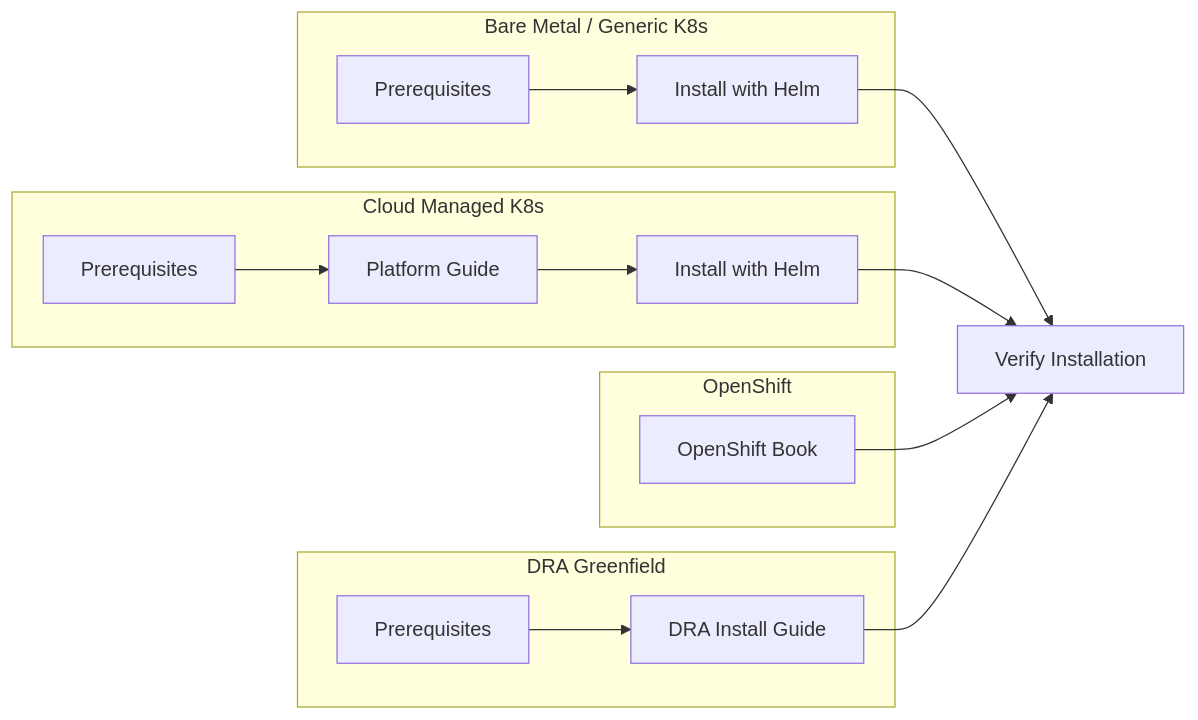
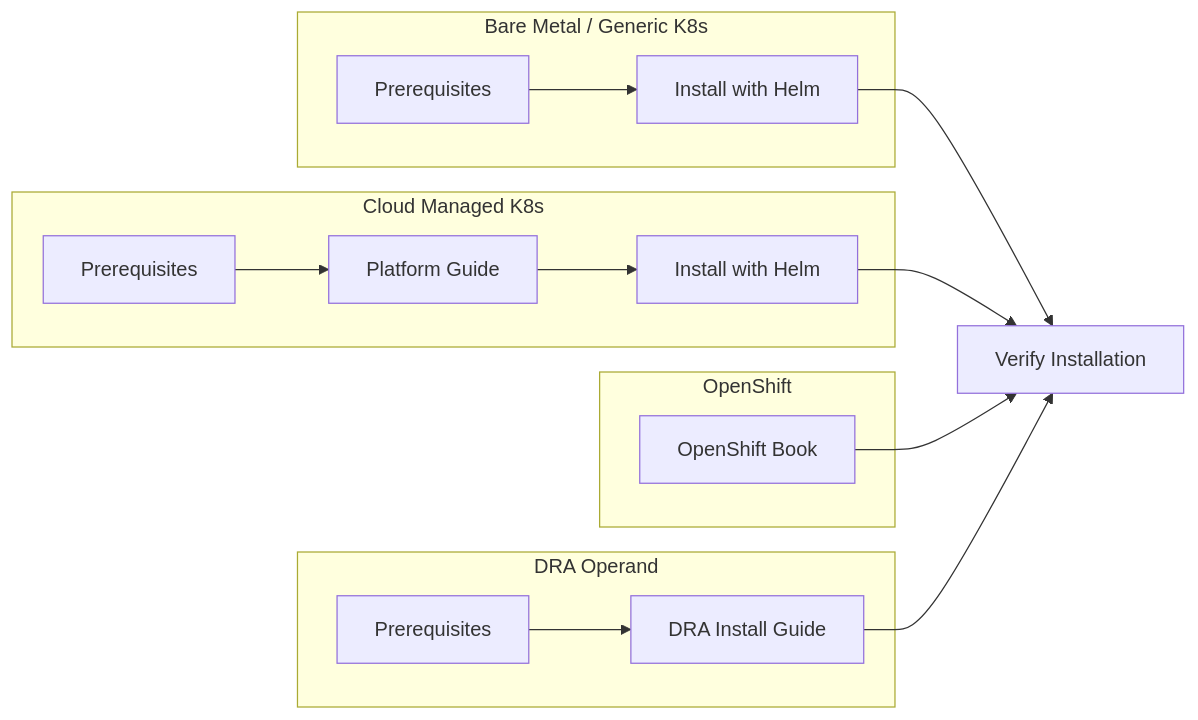
Before and after one commit to mikemckiernan/cloud-native-docs: the diagram in gpu-operator/install-paths.rst, drawn with Mermaid. The commit also changed other lines of this file and 8 other files, not shown here.

```diff
--- a/gpu-operator/install-paths.rst
+++ b/gpu-operator/install-paths.rst
@@ -248,24 +247,24 @@
 .. mermaid::
 
    flowchart LR
        subgraph bareMetal["Bare Metal / Generic K8s"]
            P1[Prerequisites] --> H1[Install with Helm]
        end
 
        subgraph cloud["Cloud Managed K8s"]
            P2[Prerequisites] --> C1[Platform Guide]
            C1 --> H2[Install with Helm]
        end
 
        subgraph ocp["OpenShift"]
            O1[OpenShift Book]
        end
 
-       subgraph dra["DRA Greenfield"]
+       subgraph dra["DRA Operand"]
            P3[Prerequisites] --> D1[DRA Install Guide]
        end
 
        H1 --> V[Verify Installation]
        H2 --> V
        O1 --> V
        D1 --> V
```
